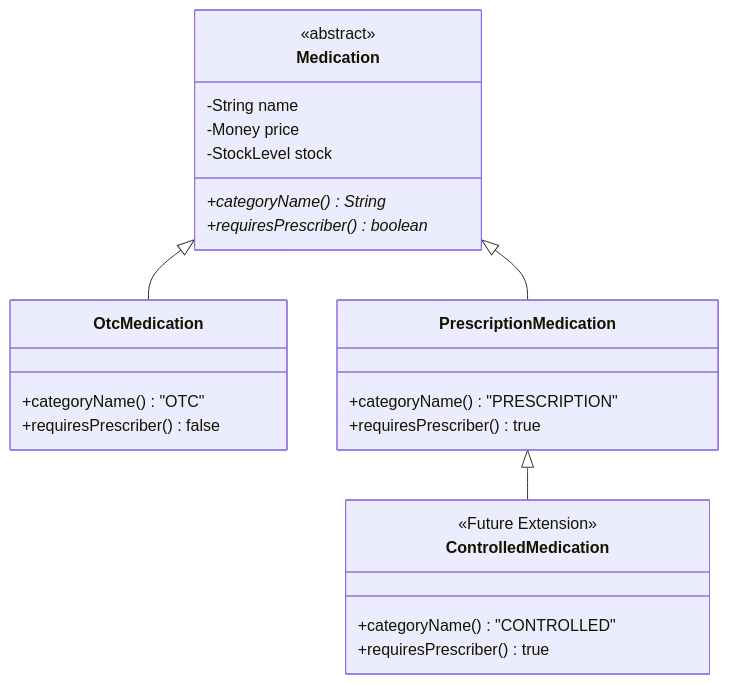
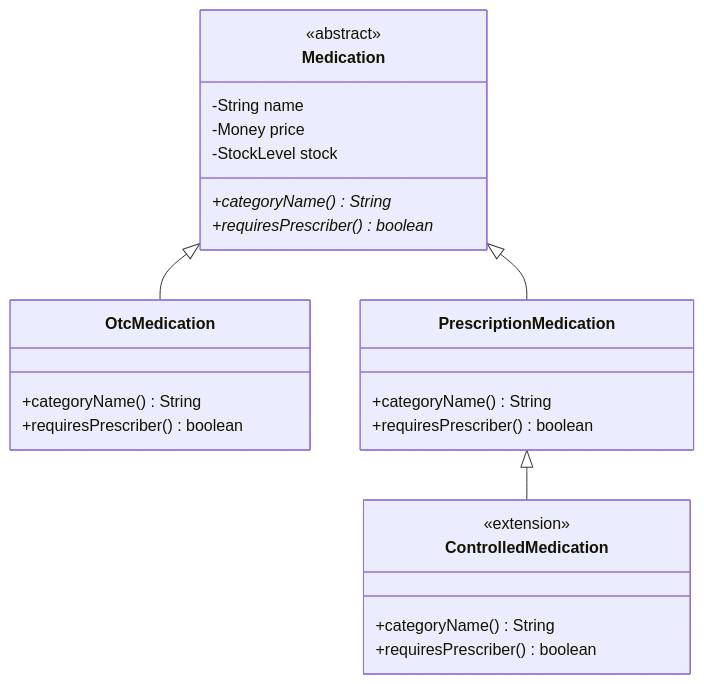
One commit to john-okyere-282/akosua-pharmacy-project changed the diagram in docs/decisions/ADR-001-medication-hierarchy.md. Above: the diagram before and after it, drawn with Mermaid. The commit also changed 8 other files, not shown here.

Commit message:
docs: fix Mermaid syntax errors and overhaul README with old/new architecture and ADR rationales

````diff
--- a/docs/decisions/ADR-001-medication-hierarchy.md
+++ b/docs/decisions/ADR-001-medication-hierarchy.md
@@ -16,27 +16,27 @@
 ```mermaid
 classDiagram
     class Medication {
         <<abstract>>
         -String name
         -Money price
         -StockLevel stock
         +categoryName()* String
         +requiresPrescriber()* boolean
     }
     class OtcMedication {
-        +categoryName() "OTC"
-        +requiresPrescriber() false
+        +categoryName() String
+        +requiresPrescriber() boolean
     }
     class PrescriptionMedication {
-        +categoryName() "PRESCRIPTION"
-        +requiresPrescriber() true
+        +categoryName() String
+        +requiresPrescriber() boolean
     }
     class ControlledMedication {
-        <<Future Extension>>
-        +categoryName() "CONTROLLED"
-        +requiresPrescriber() true
+        <<extension>>
+        +categoryName() String
+        +requiresPrescriber() boolean
     }
     Medication <|-- OtcMedication
     Medication <|-- PrescriptionMedication
     PrescriptionMedication <|-- ControlledMedication
 ```
````
